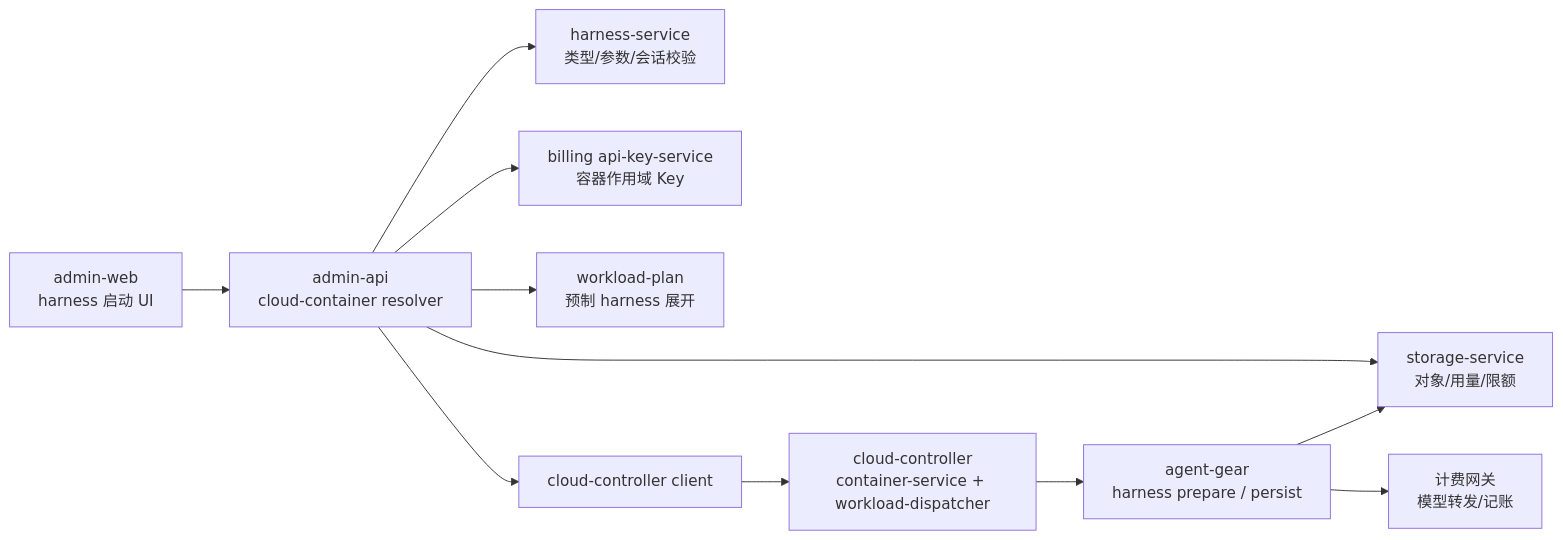
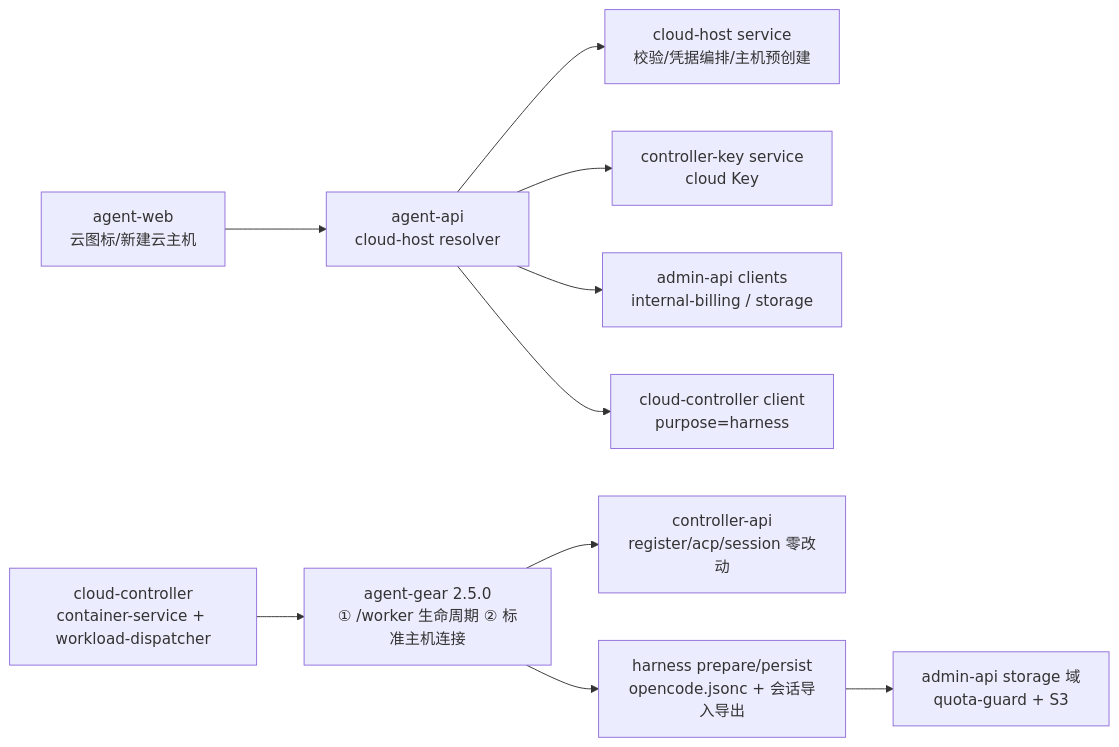
Before and after one commit to Deliay/z-agent-gear: the second of 6 diagrams in docs/engineering/proposals/20261020-feat-container-harness-support.md, drawn with Mermaid. The commit also changed other lines of this file and 3 other files, not shown here.

````diff
--- a/docs/engineering/proposals/20261020-feat-container-harness-support.md
+++ b/docs/engineering/proposals/20261020-feat-container-harness-support.md
@@ -108,13 +121,12 @@
 ```mermaid
 graph LR
-    A[admin-web<br/>harness 启动 UI] --> B[admin-api<br/>cloud-container resolver]
-    B --> C[harness-service<br/>类型/参数/会话校验]
-    B --> D[storage-service<br/>对象/用量/限额]
-    B --> E[billing api-key-service<br/>容器作用域 Key]
-    B --> F[workload-plan<br/>预制 harness 展开]
-    B --> G[cloud-controller client]
-    G --> H[cloud-controller<br/>container-service + workload-dispatcher]
-    H --> I[agent-gear<br/>harness prepare / persist]
-    I --> D
-    I --> J[计费网关<br/>模型转发/记账]
+    A[agent-web<br/>云图标/新建云主机] --> B[agent-api<br/>cloud-host resolver]
+    B --> C[cloud-host service<br/>校验/凭据编排/主机预创建]
+    B --> D[controller-key service<br/>cloud Key]
+    B --> E[admin-api clients<br/>internal-billing / storage]
+    B --> F[cloud-controller client<br/>purpose=harness]
+    G[cloud-controller<br/>container-service + workload-dispatcher] --> H[agent-gear 2.5.0<br/>① /worker 生命周期 ② 标准主机连接]
+    H --> I[controller-api<br/>register/acp/session 零改动]
+    H --> J[harness prepare/persist<br/>opencode.jsonc + 会话导入导出]
+    J --> K[admin-api storage 域<br/>quota-guard + S3]
 ```
````
